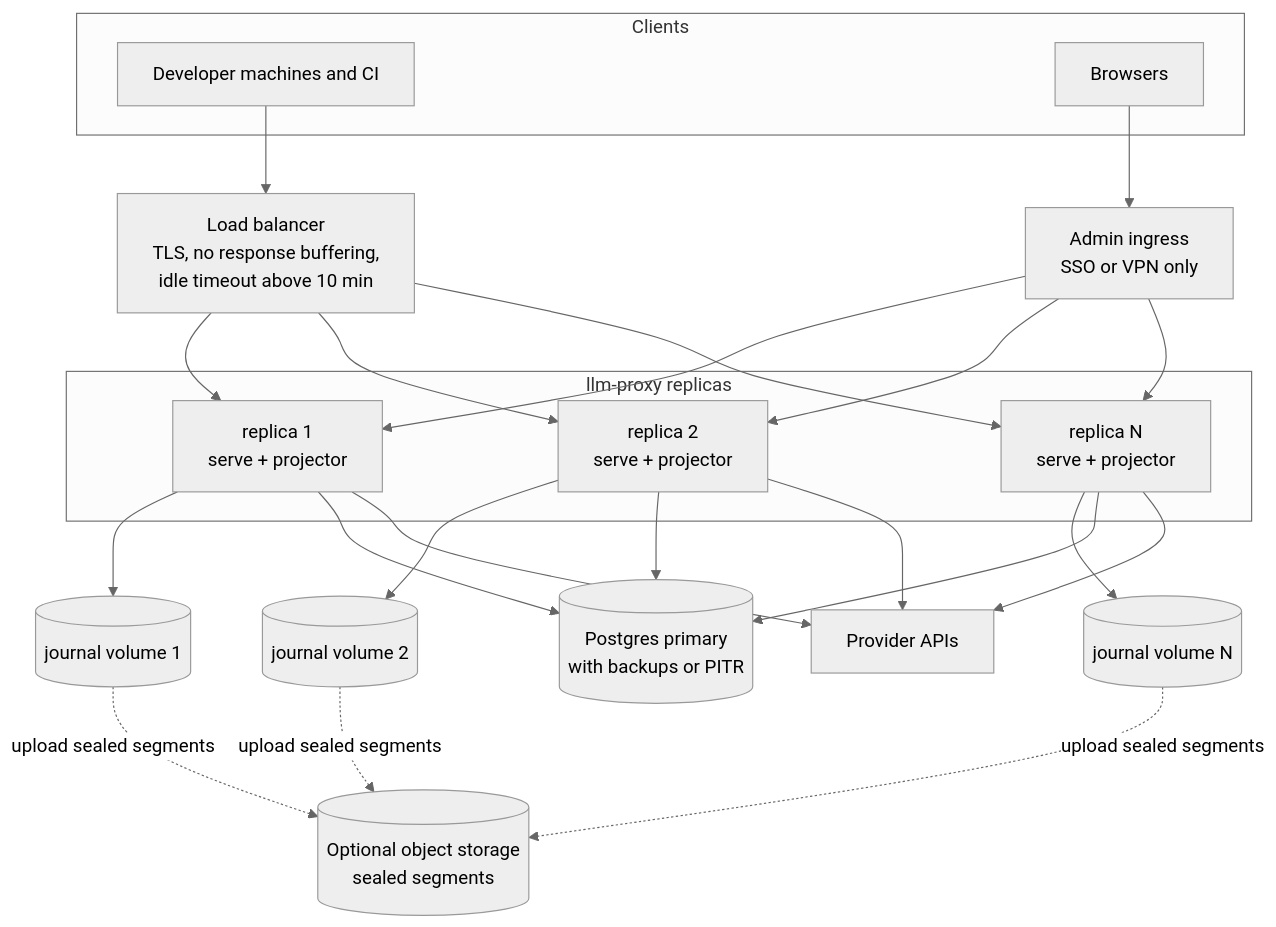
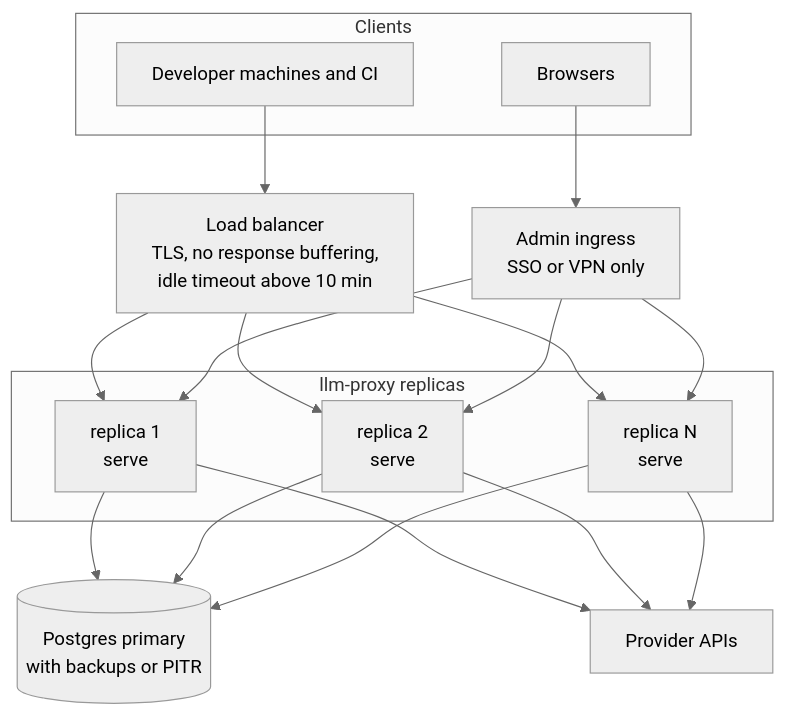
Before and after one commit to mtanzi/llm-proxy: the second of 2 diagrams in docs/architecture/deployment.md, drawn with Mermaid (neutral theme). The commit also changed other lines of this file and 5 other files, not shown here.

````diff
--- a/docs/architecture/deployment.md
+++ b/docs/architecture/deployment.md
@@ -52,29 +50,21 @@
 ```mermaid
 flowchart TB
     subgraph clients[Clients]
         dev[Developer machines and CI]
         br[Browsers]
     end
     lb[Load balancer<br/>TLS, no response buffering,<br/>idle timeout above 10 min]
     adm[Admin ingress<br/>SSO or VPN only]
     subgraph replicas[llm-proxy replicas]
-        r1[replica 1<br/>serve + projector]
-        r2[replica 2<br/>serve + projector]
-        r3[replica N<br/>serve + projector]
+        r1[replica 1<br/>serve]
+        r2[replica 2<br/>serve]
+        r3[replica N<br/>serve]
     end
-    v1[(journal volume 1)]
-    v2[(journal volume 2)]
-    v3[(journal volume N)]
     pg[(Postgres primary<br/>with backups or PITR)]
-    s3[(Optional object storage<br/>sealed segments)]
     up[Provider APIs]
 
     dev --> lb --> r1 & r2 & r3
     br --> adm --> r1 & r2 & r3
-    r1 --> v1
-    r2 --> v2
-    r3 --> v3
     r1 & r2 & r3 --> pg
     r1 & r2 & r3 --> up
-    v1 & v2 & v3 -.upload sealed segments.-> s3
 ```
````
